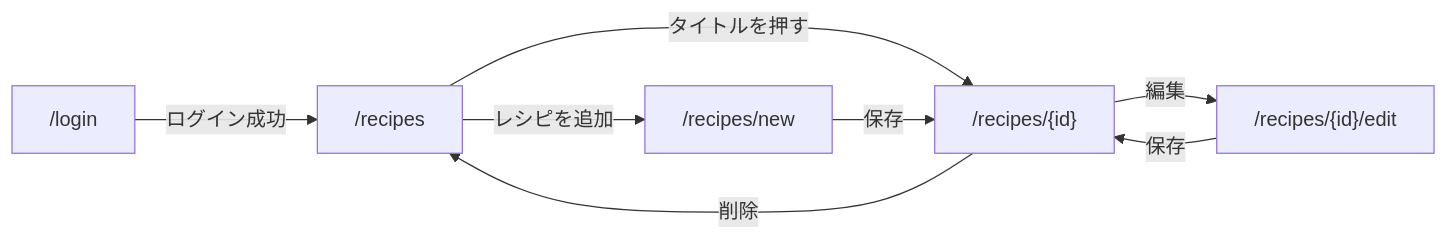
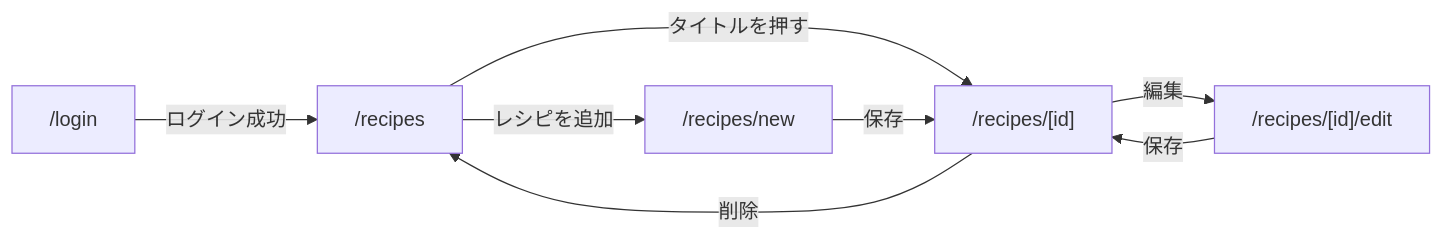
Before and after one commit to ike-gagagami97/my-recipe: the first of 2 diagrams in docs/product/product-and-stack-for-qa.md, drawn with Mermaid.

Commit message:
docs: 画面遷移図の ID 表記を本文と揃える（[id]）

````diff
--- a/docs/product/product-and-stack-for-qa.md
+++ b/docs/product/product-and-stack-for-qa.md
@@ -90,15 +90,15 @@
 ```mermaid
 flowchart LR
   Login["/login"]
   List["/recipes"]
   New["/recipes/new"]
-  Detail["/recipes/{id}"]
-  Edit["/recipes/{id}/edit"]
+  Detail["/recipes/[id]"]
+  Edit["/recipes/[id]/edit"]
   Login -->|ログイン成功| List
   List -->|レシピを追加| New
   List -->|タイトルを押す| Detail
   New -->|保存| Detail
   Detail -->|編集| Edit
   Edit -->|保存| Detail
   Detail -->|削除| List
 ```
````
